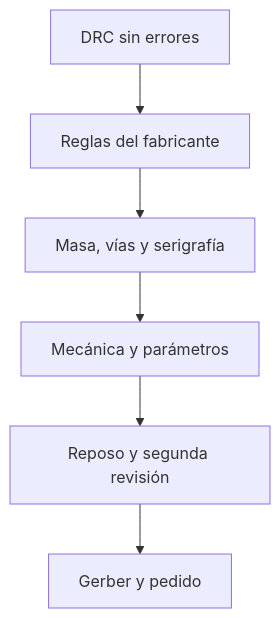
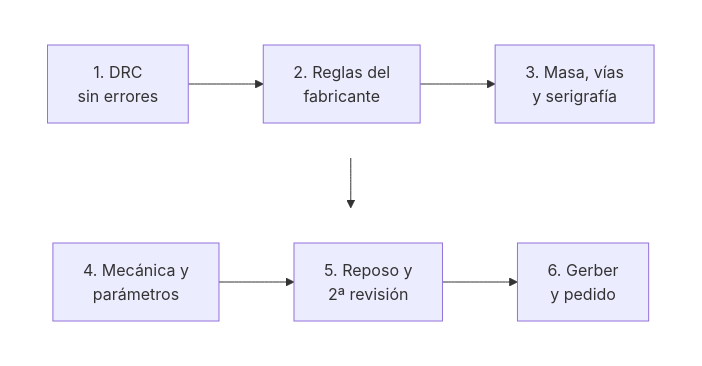
The diagram in content/spanish/blog/checklist-fabricacion-pcb/index.md (HackerspaceVLC/hackvlc.es), drawn with Mermaid before and after one commit. The commit also changed 1 other file, not shown here.

Commit message:
fix(blog): diagramas Mermaid más grandes y legibles (fuente cargada antes de medir, escala mínima, flujo de la checklist en dos filas)

````diff
--- a/content/spanish/blog/checklist-fabricacion-pcb/index.md
+++ b/content/spanish/blog/checklist-fabricacion-pcb/index.md
@@ -13,8 +13,14 @@
 ```mermaid
-flowchart TD
-  B["DRC sin errores"] --> C["Reglas del fabricante"]
-  C --> D["Masa, vías y serigrafía"]
-  D --> E["Mecánica y parámetros"]
-  E --> F["Reposo y segunda revisión"]
-  F --> G["Gerber y pedido"]
+flowchart TB
+  subgraph fila1 [" "]
+    direction LR
+    A["1. DRC<br>sin errores"] --> B["2. Reglas del<br>fabricante"] --> C["3. Masa, vías<br>y serigrafía"]
+  end
+  subgraph fila2 [" "]
+    direction LR
+    D["4. Mecánica y<br>parámetros"] --> E["5. Reposo y<br>2ª revisión"] --> F["6. Gerber<br>y pedido"]
+  end
+  fila1 --> fila2
+  style fila1 fill:none,stroke:none
+  style fila2 fill:none,stroke:none
 ```
````
